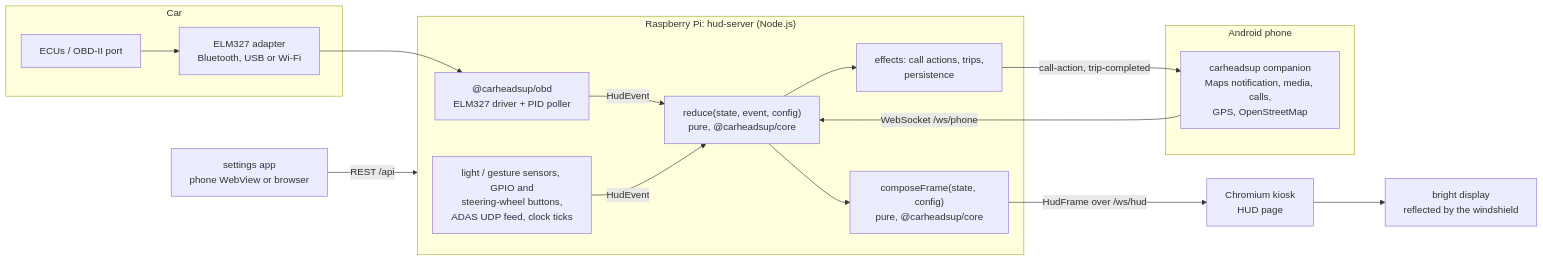
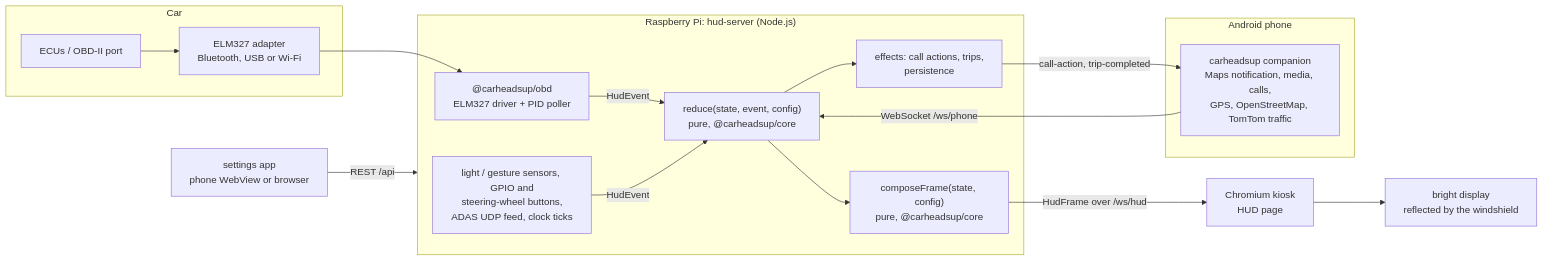
The diagram in README.md (Platteration/carheadsup), drawn with Mermaid before and after one commit. The commit also changed other lines of this file and 132 other files, not shown here.

````diff
--- a/README.md
+++ b/README.md
@@ -210,26 +229,26 @@
 ```mermaid
 flowchart LR
   subgraph car["Car"]
     ecu["ECUs / OBD-II port"] --> elm["ELM327 adapter<br/>Bluetooth, USB or Wi-Fi"]
   end
   subgraph phone["Android phone"]
-    app["carheadsup companion<br/>Maps notification, media, calls,<br/>GPS, OpenStreetMap"]
+    app["carheadsup companion<br/>Maps notification, media, calls,<br/>GPS, OpenStreetMap, TomTom traffic"]
   end
   subgraph pi["Raspberry Pi: hud-server (Node.js)"]
     obd["@carheadsup/obd<br/>ELM327 driver + PID poller"]
     inputs["light / gesture sensors, GPIO and<br/>steering-wheel buttons,<br/>ADAS UDP feed, clock ticks"]
     reduce["reduce(state, event, config)<br/>pure, @carheadsup/core"]
     compose["composeFrame(state, config)<br/>pure, @carheadsup/core"]
     effects["effects: call actions, trips,<br/>persistence"]
   end
   elm --> obd
   obd -->|"HudEvent"| reduce
   inputs -->|"HudEvent"| reduce
   app -->|"WebSocket /ws/phone"| reduce
   reduce --> compose
   reduce --> effects
   effects -->|"call-action, trip-completed"| app
   compose -->|"HudFrame over /ws/hud"| kiosk["Chromium kiosk<br/>HUD page"]
   kiosk --> display["bright display<br/>reflected by the windshield"]
   settings["settings app<br/>phone WebView or browser"] -->|"REST /api"| pi
 ```
````
